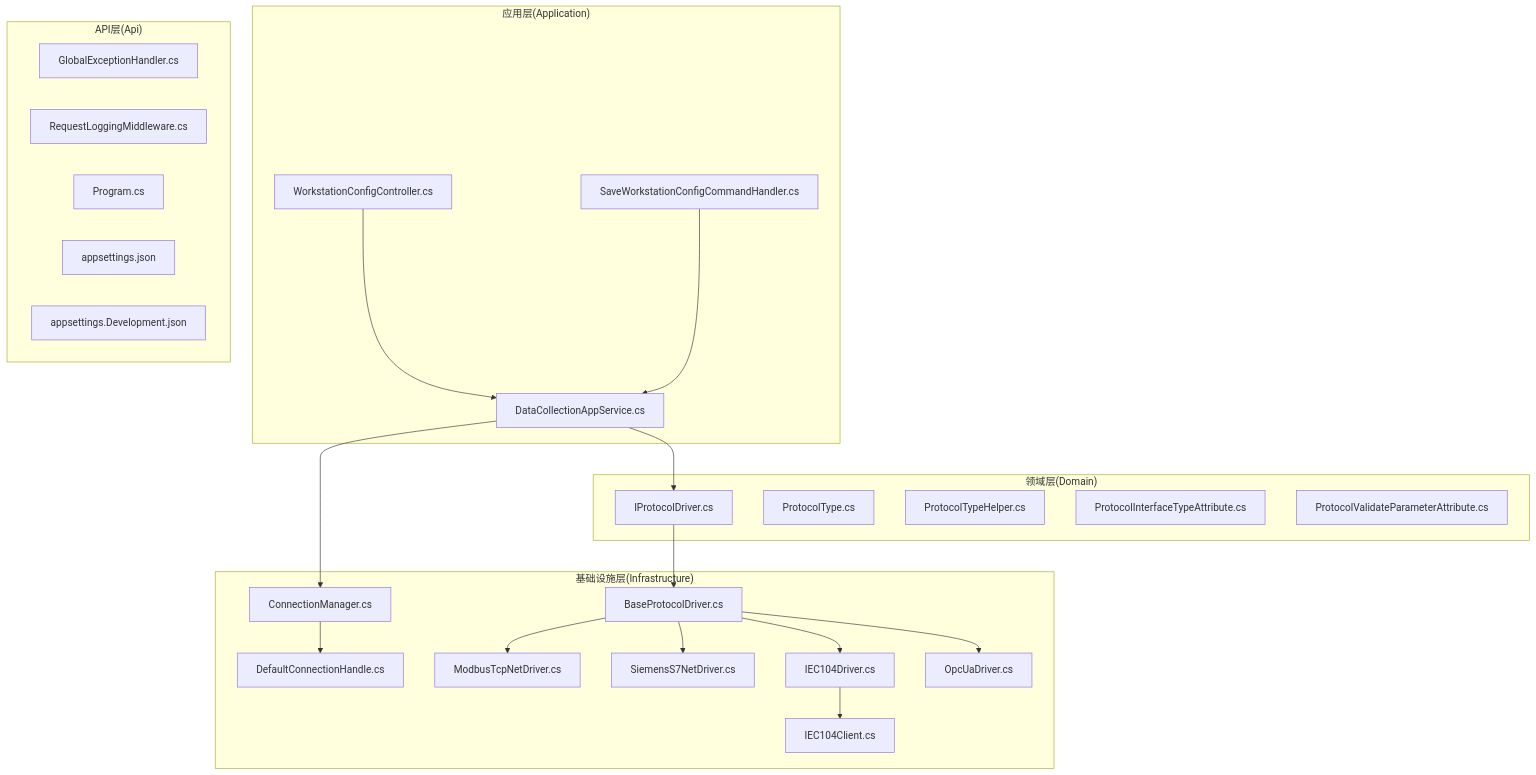
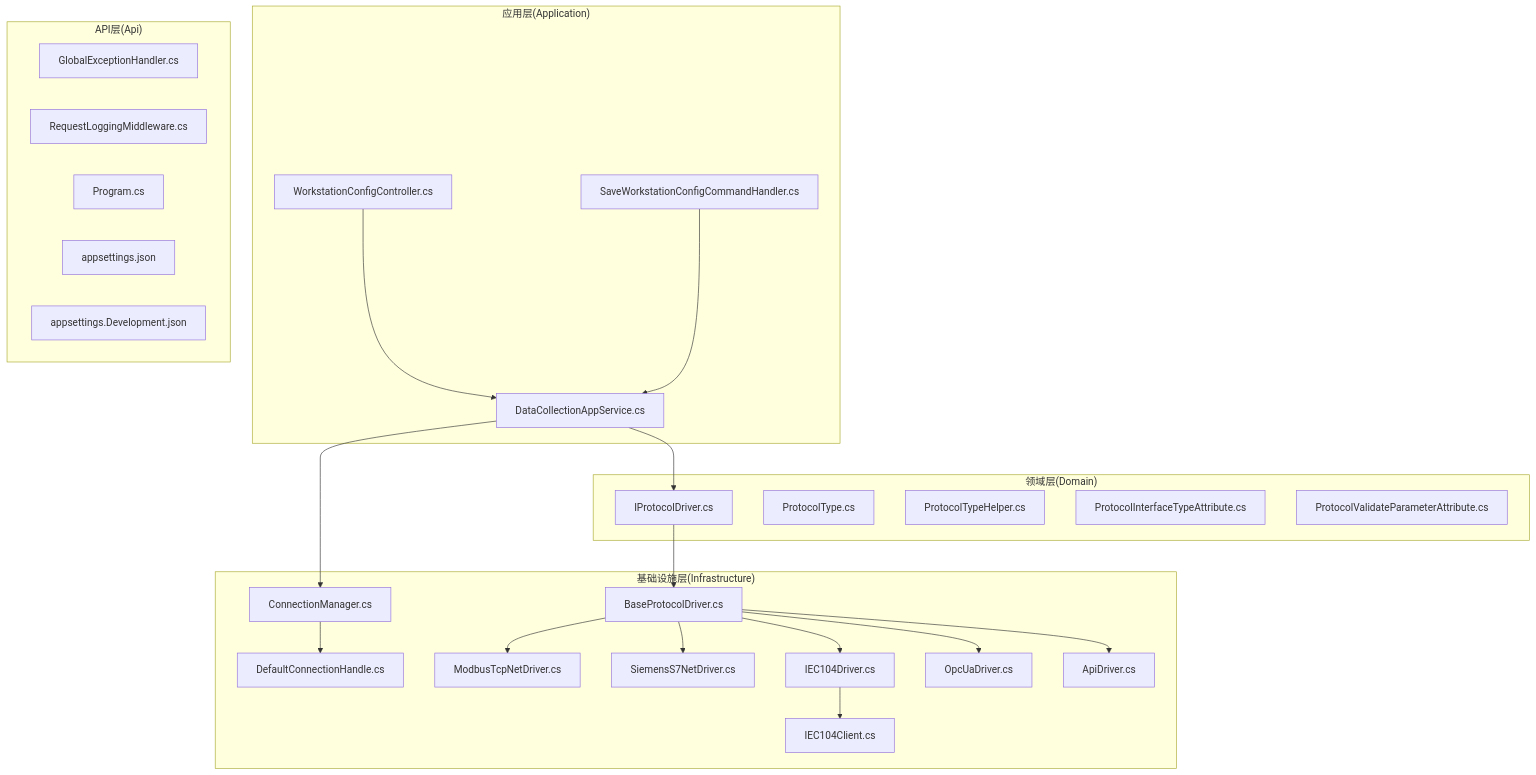
One commit to whitemousetl/IndustrialDataSolution changed the first of 6 diagrams in .qoder/repowiki/zh/content/协议驱动架构/协议驱动架构.md. Above: the diagram before and after it, drawn with Mermaid. The commit also changed other lines of this file and 3 other files, not shown here.

````diff
--- a/.qoder/repowiki/zh/content/协议驱动架构/协议驱动架构.md
+++ b/.qoder/repowiki/zh/content/协议驱动架构/协议驱动架构.md
@@ -51,43 +62,45 @@
 ```mermaid
 graph TB
 subgraph "应用层(Application)"
 DCAS["DataCollectionAppService.cs"]
 CMD["SaveWorkstationConfigCommandHandler.cs"]
 CTRL["WorkstationConfigController.cs"]
 end
 subgraph "领域层(Domain)"
 IPD["IProtocolDriver.cs"]
 PT["ProtocolType.cs"]
 PTH["ProtocolTypeHelper.cs"]
 PITA["ProtocolInterfaceTypeAttribute.cs"]
 PVPA["ProtocolValidateParameterAttribute.cs"]
 end
 subgraph "基础设施层(Infrastructure)"
 CM["ConnectionManager.cs"]
 CH["DefaultConnectionHandle.cs"]
 BASE["BaseProtocolDriver.cs"]
 MBT["ModbusTcpNetDriver.cs"]
 S7["SiemensS7NetDriver.cs"]
 IEC["IEC104Driver.cs"]
 IECCLI["IEC104Client.cs"]
 OPC["OpcUaDriver.cs"]
+API["ApiDriver.cs"]
 end
 subgraph "API层(Api)"
 MW1["GlobalExceptionHandler.cs"]
 MW2["RequestLoggingMiddleware.cs"]
 PRG["Program.cs"]
 CFG["appsettings.json"]
 DEV["appsettings.Development.json"]
 end
 CTRL --> DCAS
 DCAS --> IPD
 CMD --> DCAS
 IPD --> BASE
 BASE --> MBT
 BASE --> S7
 BASE --> OPC
 BASE --> IEC
+BASE --> API
 IEC --> IECCLI
 DCAS --> CM
 CM --> CH
 ```
````
